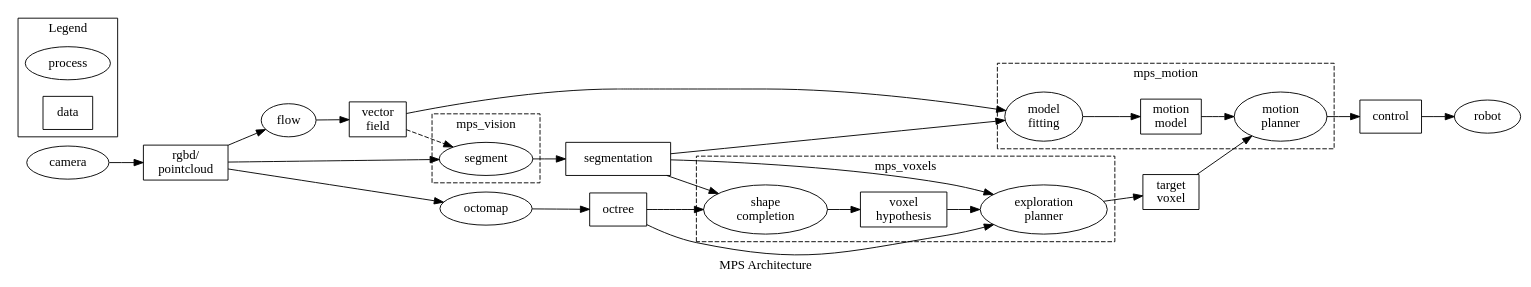
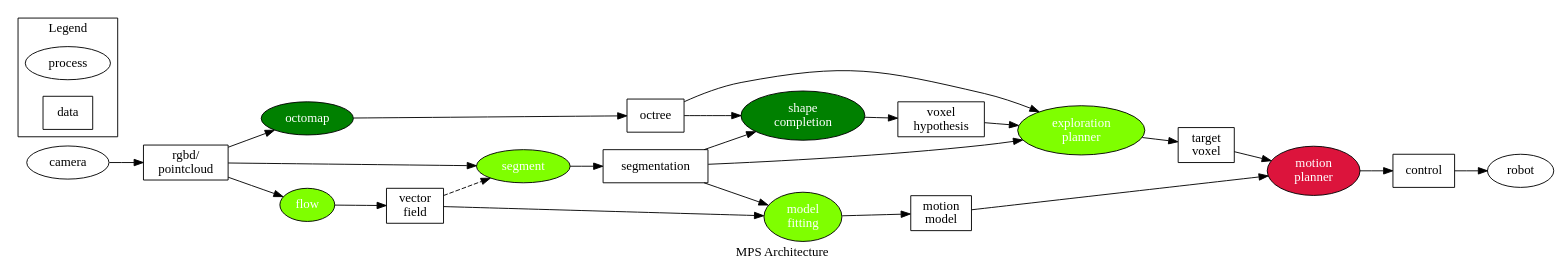
The diagram in architecture.dot (UM-ARM-Lab/multihypothesis_segmentation_tracking), drawn with Graphviz before and after one commit. The commit also changed 17 other files, not shown here.

```diff
--- a/architecture.dot
+++ b/architecture.dot
@@ -1,91 +1,91 @@
 digraph g {
     label="MPS Architecture";
     rankdir=LR;
     // splines=ortho;
 
     node [shape="ellipse"];
     camera;
-    flow;
-    octomap;
+    flow[style="filled" fillcolor="chartreuse" fontcolor="white"];
+    octomap [style="filled" fillcolor="green" fontcolor="white"];
     robot;
-    subgraph cluster_vision {
-        label="mps_vision";
-        style="dashed";
+    //subgraph cluster_vision {
+        //label="mps_vision";
+        //style="dashed";
 
         node [shape="ellipse"];
-        segment;
-    }
-    subgraph cluster_voxels {
-        label="mps_voxels";
-        style="dashed";
+        segment [ style="filled" fillcolor="chartreuse" fontcolor="white"];
+    //}
+    // subgraph cluster_voxels {
+        // label="mps_voxels";
+        // style="dashed";
 
         node [shape="ellipse"];
-        completion [label="shape\ncompletion"];
-        explorer [label="exploration\nplanner"];
+        completion [label="shape\ncompletion" style="filled" fillcolor="green" fontcolor="white"];
+        explorer [label="exploration\nplanner" style="filled" fillcolor="chartreuse" fontcolor="white"];
 
         node [shape="box"];
         hypothesis [label="voxel\nhypothesis"];
-    }
+    // }
 
-    subgraph cluster_motion {
-        label="mps_motion";
-        style="dashed";
+    // subgraph cluster_motion {
+        // label="mps_motion";
+        // style="dashed";
 
         node [shape="ellipse"];
-        em [label="model\nfitting"];
-        motion [label="motion\nplanner"];
+        em [label="model\nfitting" style="filled" fillcolor="chartreuse" fontcolor="white"];
+        motion [label="motion\nplanner" style="filled" fillcolor="crimson" fontcolor="white"];
 
         node [shape="box"];
         model [label="motion\nmodel"];
-    }
+    // }
 
     node [shape="box"];
     rgbd [label="rgbd/\npointcloud"];
     vector [label="vector\nfield"];
     octree;
     segmentation;
     
     target [label="target\nvoxel"];
     control [label="control"];
 
     camera->rgbd;
     rgbd->flow;
     flow->vector;
     vector->em;
     rgbd->octomap;
     octomap->octree;
     rgbd->segment;
     segment->segmentation;
     octree->completion;
     segmentation->completion;
     segmentation->em;
     em->model;
     completion->hypothesis;
     segmentation->explorer;
     octree->explorer;
     hypothesis->explorer;
     explorer->target;
     model->motion;
     target->motion;
     motion->control;
     control->robot;
     vector->segment[style="dashed"];
 
     subgraph cluster_legend{
         label="Legend";
         process [shape="ellipse"];
         data [shape="box"];
     }
 
     { rank=same; segmentation, octree }
 
     // Feedback path
     // cn1 [label="", shape="point"];
     // { rank=same; cn1, robot }
     // robot->cn1;
     // cn2 [label="", shape="point"];
     // { rank=same; camera, cn2 }
     // cn2->cn1 [dir=back];
     // cn2->camera;
     // camera->cn1 [dir="back"];
 }
```
